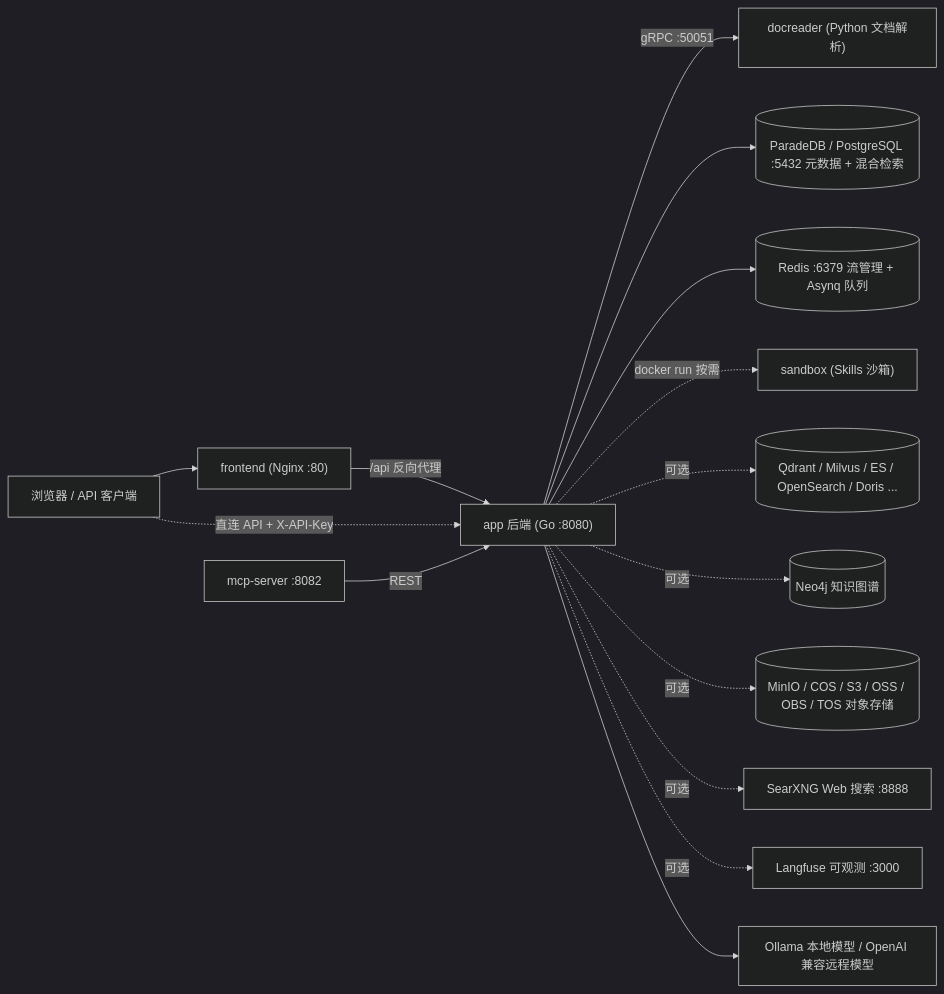
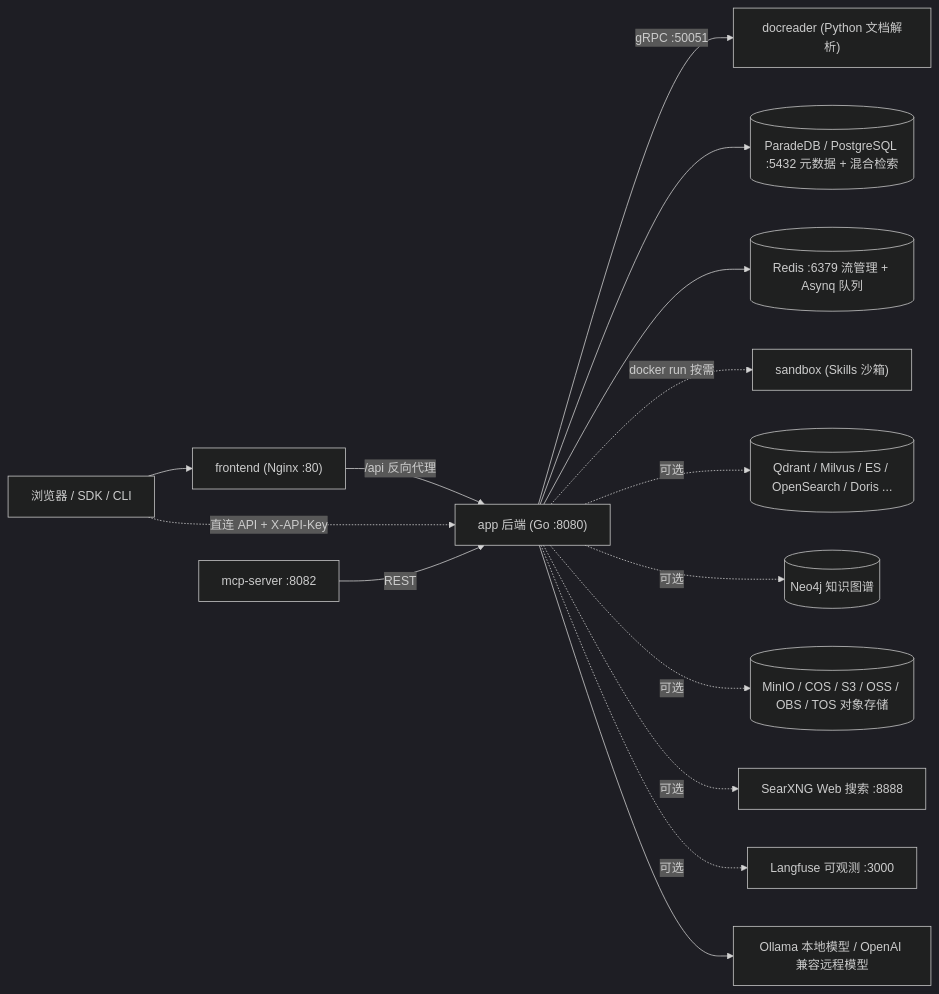
The second of 2 diagrams in apps/docs/01-getting-started/01-introduction.md (qinlei131479/WeKnora), drawn with Mermaid (dark theme) before and after one commit. The commit also changed other lines of this file and 66 other files, not shown here.

````diff
--- a/apps/docs/01-getting-started/01-introduction.md
+++ b/apps/docs/01-getting-started/01-introduction.md
@@ -139,17 +134,17 @@
 ```mermaid
 flowchart LR
-    Browser["浏览器 / API 客户端"] --> FE["frontend (Nginx :80)"]
+    Browser["浏览器 / SDK / CLI"] --> FE["frontend (Nginx :80)"]
     FE -- "/api 反向代理" --> APP["app 后端 (Go :8080)"]
     Browser -. "直连 API + X-API-Key" .-> APP
     APP -- "gRPC :50051" --> DR["docreader (Python 文档解析)"]
     APP --> PG[("ParadeDB / PostgreSQL :5432 元数据 + 混合检索")]
     APP --> RD[("Redis :6379 流管理 + Asynq 队列")]
     APP -. "docker run 按需" .-> SB["sandbox (Skills 沙箱)"]
     APP -. "可选" .-> VDB[("Qdrant / Milvus / ES / OpenSearch / Doris ...")]
     APP -. "可选" .-> NEO[("Neo4j 知识图谱")]
     APP -. "可选" .-> OSS[("MinIO / COS / S3 / OSS / OBS / TOS 对象存储")]
     APP -. "可选" .-> SX["SearXNG Web 搜索 :8888"]
     APP -. "可选" .-> LF["Langfuse 可观测 :3000"]
     APP --> LLM["Ollama 本地模型 / OpenAI 兼容远程模型"]
     MCPS["mcp-server :8082"] -- "REST" --> APP
 ```
````
